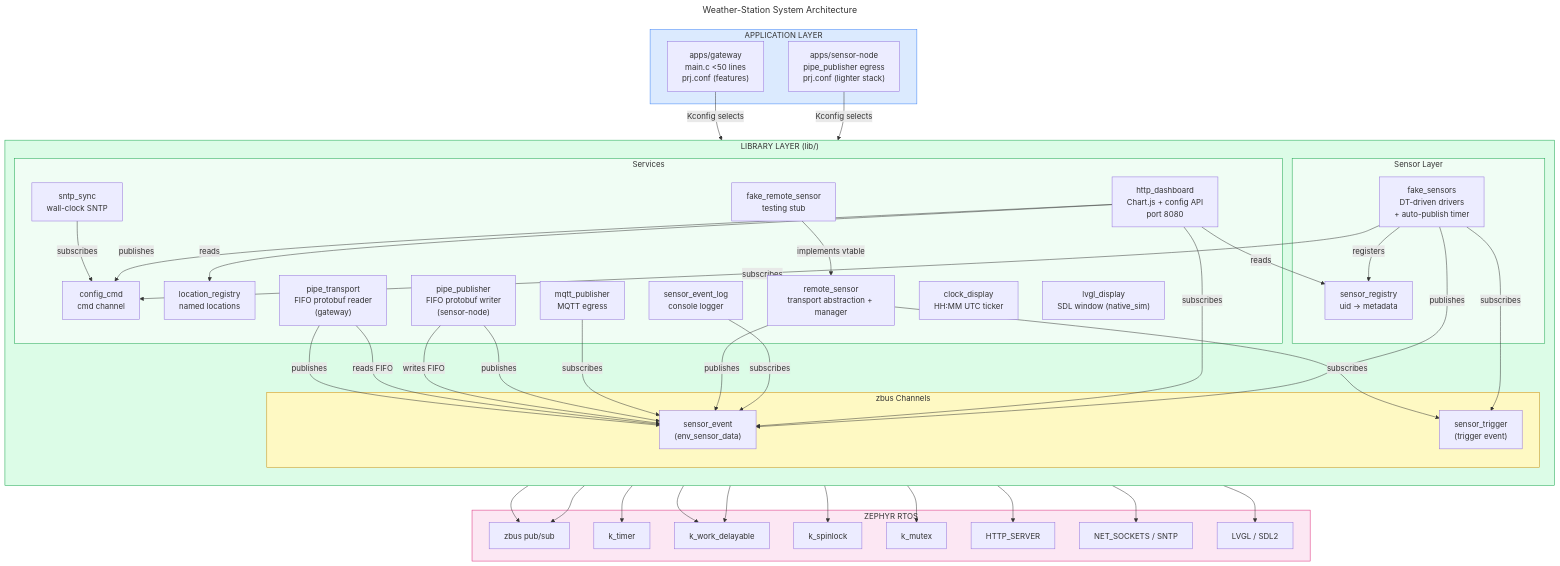
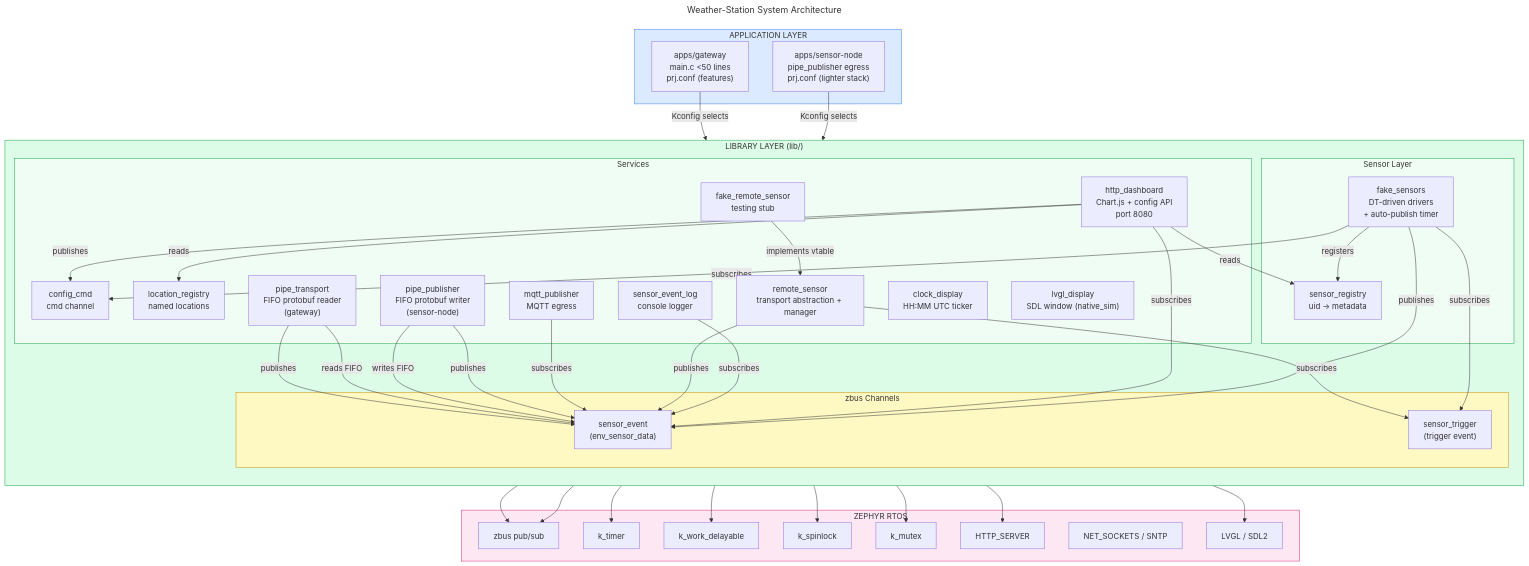
The diagram in docs/architecture/diagrams/system-overview.mmd (tobiwan88/weather-station), drawn with Mermaid before and after one commit. The commit also changed 37 other files, not shown here.

```diff
--- a/docs/architecture/diagrams/system-overview.mmd
+++ b/docs/architecture/diagrams/system-overview.mmd
@@ -1,85 +1,81 @@
 ---
 title: Weather-Station System Architecture
 ---
 graph TB
     subgraph APP["APPLICATION LAYER"]
         GW["apps/gateway\nmain.c &lt;50 lines\nprj.conf (features)"]
         SN["apps/sensor-node\npipe_publisher egress\nprj.conf (lighter stack)"]
     end
 
     subgraph LIBS["LIBRARY LAYER (lib/)"]
         direction TB
         subgraph CHANNELS["zbus Channels"]
             SEC["sensor_event\n(env_sensor_data)"]
             STC["sensor_trigger\n(trigger event)"]
         end
         subgraph SENSORS["Sensor Layer"]
             FS["fake_sensors\nDT-driven drivers\n+ auto-publish timer"]
             SR["sensor_registry\nuid → metadata"]
         end
         subgraph SERVICES["Services"]
-            SNTP["sntp_sync\nwall-clock SNTP"]
             HTTP["http_dashboard\nChart.js + config API\nport 8080"]
             CLK["clock_display\nHH:MM UTC ticker"]
             LVGL["lvgl_display\nSDL window (native_sim)"]
             CC["config_cmd\ncmd channel"]
             LOC["location_registry\nnamed locations"]
             SEL["sensor_event_log\nconsole logger"]
             RS["remote_sensor\ntransport abstraction + manager"]
             FRS["fake_remote_sensor\ntesting stub"]
             MQTT["mqtt_publisher\nMQTT egress"]
             PIPE_PUB["pipe_publisher\nFIFO protobuf writer\n(sensor-node)"]
             PIPE_TX["pipe_transport\nFIFO protobuf reader\n(gateway)"]
         end
     end
 
     subgraph RTOS["ZEPHYR RTOS"]
         ZBUS["zbus pub/sub"]
         KTIMER["k_timer"]
         KWORK["k_work_delayable"]
         KSPIN["k_spinlock"]
         KMUX["k_mutex"]
         HTTPD["HTTP_SERVER"]
         NET["NET_SOCKETS / SNTP"]
         LVGLLIB["LVGL / SDL2"]
     end
 
     GW -->|"Kconfig selects"| LIBS
     SN -->|"Kconfig selects"| LIBS
 
     FS -->|publishes| SEC
     FS -->|subscribes| STC
     FS -->|subscribes| CC
     HTTP -->|subscribes| SEC
     HTTP -->|reads| SR
     HTTP -->|reads| LOC
     HTTP -->|publishes| CC
     FS -->|registers| SR
-    SNTP -->|subscribes| CC
     SEL -->|subscribes| SEC
     RS -->|publishes| SEC
     RS -->|subscribes| STC
     FRS -->|implements vtable| RS
     MQTT -->|subscribes| SEC
     PIPE_PUB -->|publishes| SEC
     PIPE_PUB -->|writes FIFO| SEC
     PIPE_TX -->|reads FIFO| SEC
     PIPE_TX -->|publishes| SEC
 
     SEC --> ZBUS
     STC --> ZBUS
-    SNTP --> NET
     HTTP --> HTTPD
     CLK --> KWORK
-    SNTP --> KWORK
     FS --> KTIMER
     HTTP --> KSPIN
     SR --> KMUX
     LVGL --> LVGLLIB
 
     style APP fill:#dbeafe,stroke:#3b82f6
     style LIBS fill:#dcfce7,stroke:#16a34a
     style CHANNELS fill:#fef9c3,stroke:#ca8a04
     style SENSORS fill:#f0fdf4,stroke:#16a34a
     style SERVICES fill:#f0fdf4,stroke:#16a34a
     style RTOS fill:#fce7f3,stroke:#db2777
```
